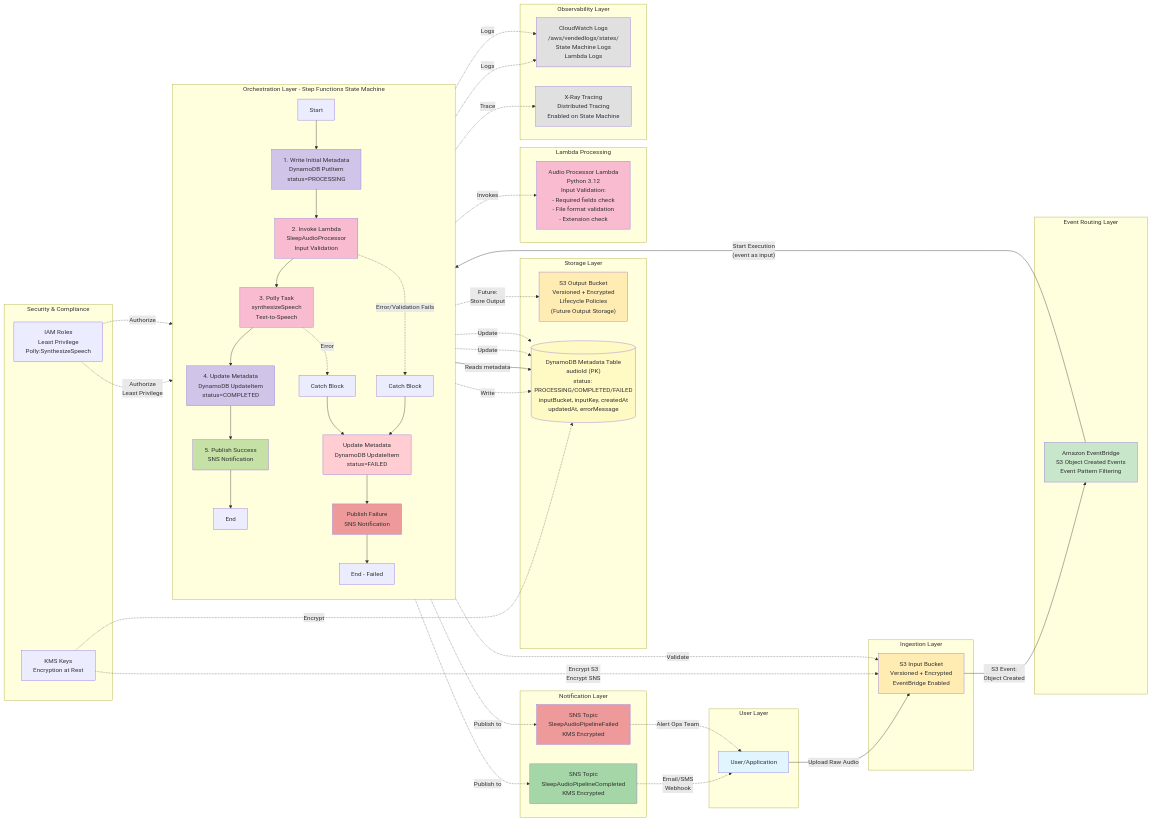
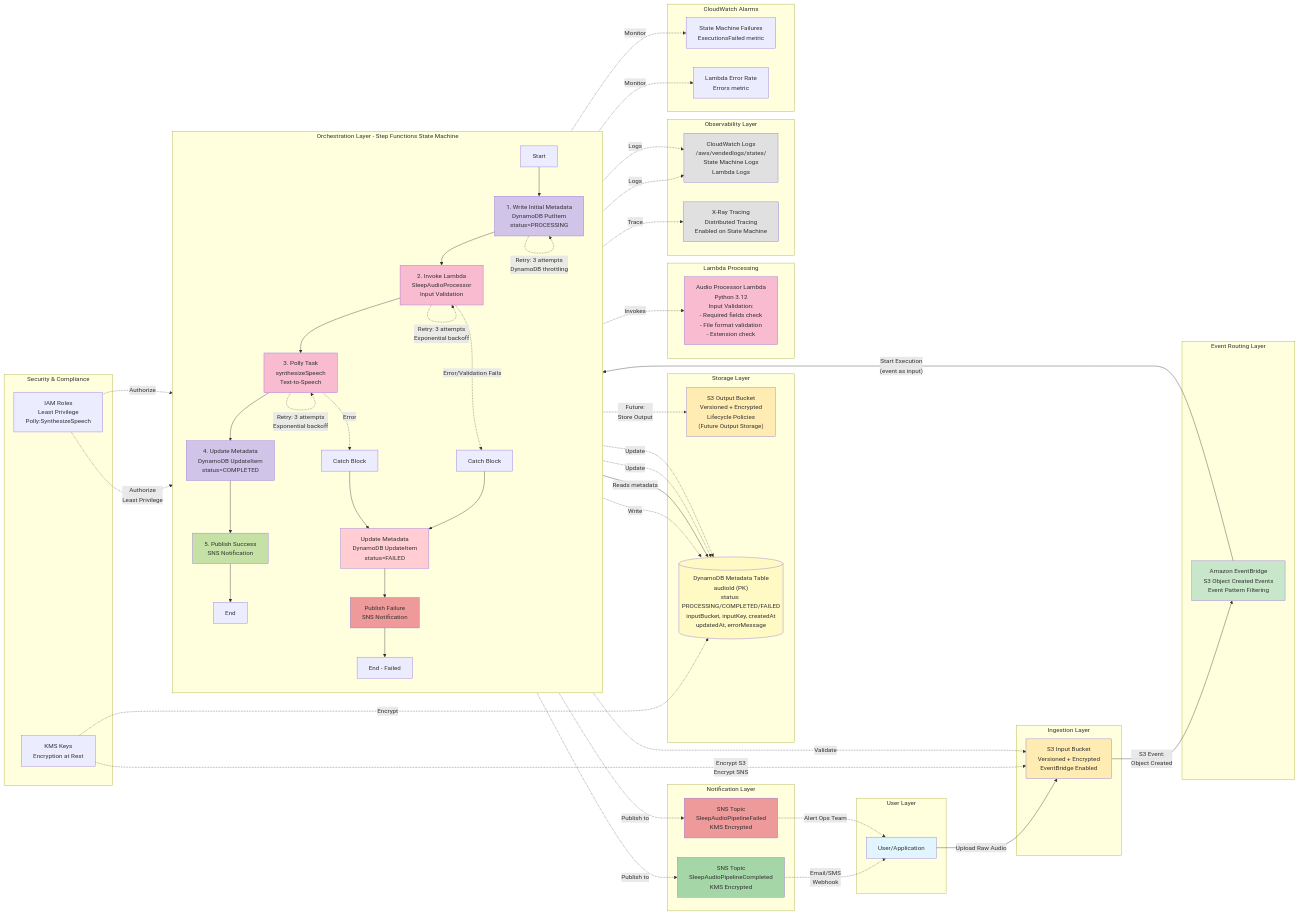
The first of 2 diagrams in ARCHITECTURE.md (obstreperous-ai/cdk-sleep-go-qdev), drawn with Mermaid before and after one commit. The commit also changed other lines of this file and 4 other files, not shown here.

First line of the commit message:
[skip ci] feat(observability): add advanced error handling, retry policies, and monitoring (#10)

```diff
--- a/ARCHITECTURE.md
+++ b/ARCHITECTURE.md
@@ -44,6 +44,11 @@
         POLLY --> DDB_SUCCESS["4. Update Metadata<br/>DynamoDB UpdateItem<br/>status=COMPLETED"]
         DDB_SUCCESS --> SNS_SUCCESS["5. Publish Success<br/>SNS Notification"]
         SNS_SUCCESS --> END[End]
+        
+        %% Retry policies on tasks
+        LAMBDA -.->|"Retry: 3 attempts<br/>Exponential backoff"| LAMBDA
+        POLLY -.->|"Retry: 3 attempts<br/>Exponential backoff"| POLLY
+        DDB_INIT -.->|"Retry: 3 attempts<br/>DynamoDB throttling"| DDB_INIT
         
         LAMBDA -.->|Error/Validation Fails| CATCH1["Catch Block"]
         POLLY -.->|Error| CATCH2["Catch Block"]
@@ -70,6 +75,11 @@
     subgraph Observability["Observability Layer"]
         CW["CloudWatch Logs<br/>/aws/vendedlogs/states/<br/>State Machine Logs<br/>Lambda Logs"]
         XR["X-Ray Tracing<br/>Distributed Tracing<br/>Enabled on State Machine"]
+    end
+    
+    subgraph Alarms["CloudWatch Alarms"]
+        ALARM_SM["State Machine Failures<br/>ExecutionsFailed metric"]
+        ALARM_LAMBDA["Lambda Error Rate<br/>Errors metric"]
     end
     
     subgraph Security["Security & Compliance"]
@@ -102,6 +112,8 @@
     DDB_INIT -.->|Logs| CW
     LAMBDA -.->|Logs| CW
     START -.->|Trace| XR
+    START -.->|Monitor| ALARM_SM
+    LAMBDA -.->|Monitor| ALARM_LAMBDA
     
     IAM -.->|"Authorize<br/>Least Privilege"| LAMBDA
     IAM -.->|Authorize| START
```
